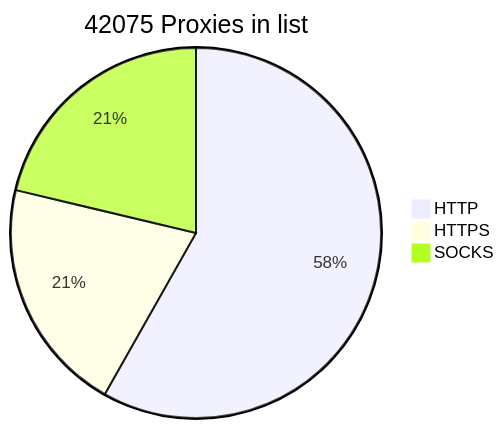
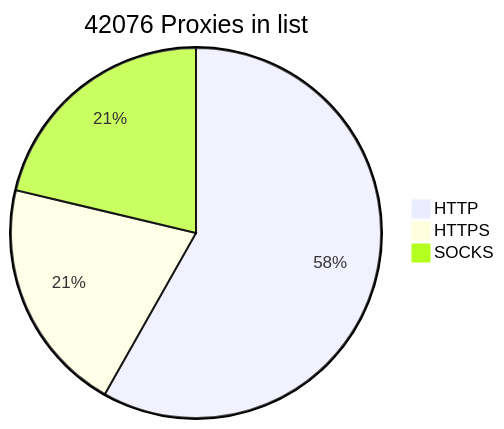
One commit to BlackSnowDot/proxylist-update-every-minute changed the diagram in README.md. Above: the diagram before and after it, drawn with Mermaid.

````diff
--- a/README.md
+++ b/README.md
@@ -2,6 +2,6 @@
 ```mermaid
-pie title 42075 Proxies in list
+pie title 42076 Proxies in list
     "HTTP" : 28369
     "HTTPS": 10008
-    "SOCKS" : 10373
+    "SOCKS" : 10374
 ```
````
